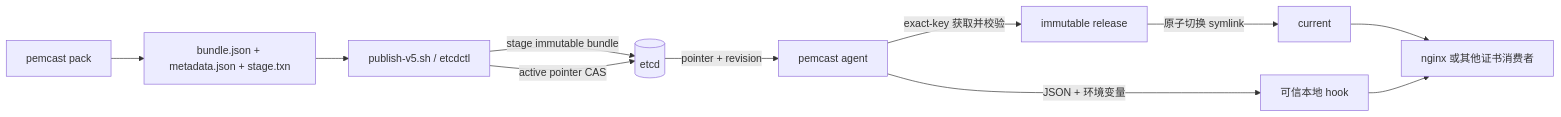
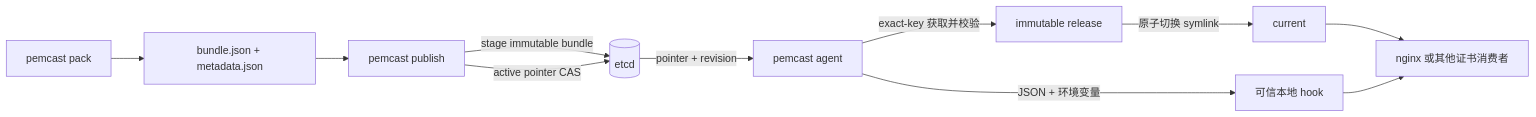
Before and after one commit to lwmacct/260907-pemcast: the diagram in README.md, drawn with Mermaid. The commit also changed other lines of this file and 20 other files, not shown here.

````diff
--- a/README.md
+++ b/README.md
@@ -5,13 +5,13 @@
 ```mermaid
 flowchart LR
-    pack["pemcast pack"] --> artifacts["bundle.json + metadata.json + stage.txn"]
-    artifacts --> etcdctl["publish-v5.sh / etcdctl"]
-    etcdctl -->|"stage immutable bundle"| etcd[("etcd")]
-    etcdctl -->|"active pointer CAS"| etcd
+    pack["pemcast pack"] --> artifacts["bundle.json + metadata.json"]
+    artifacts --> publish["pemcast publish"]
+    publish -->|"stage immutable bundle"| etcd[("etcd")]
+    publish -->|"active pointer CAS"| etcd
     etcd -->|"pointer + revision"| agent["pemcast agent"]
     agent -->|"exact-key 获取并校验"| release["immutable release"]
     release -->|"原子切换 symlink"| current["current"]
     current --> app["nginx 或其他证书消费者"]
     agent -->|"JSON + 环境变量"| hook["可信本地 hook"]
     hook --> app
 ```
````
